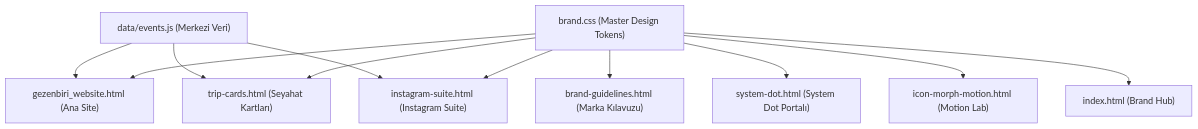
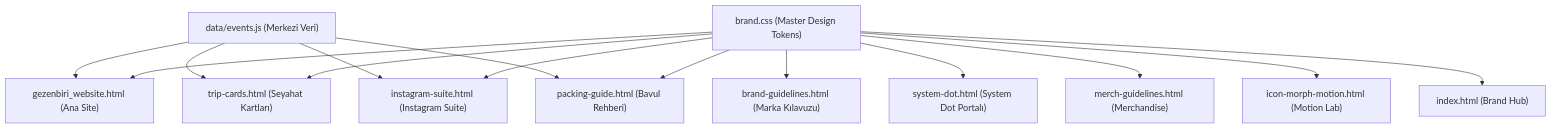
One commit to msaglamoz/gezenbiri changed the diagram in README.md. Above: the diagram before and after it, drawn with Mermaid. The commit also changed other lines of this file, not shown here.

Commit message:
docs(readme): comprehensive documentation overhaul covering merch guidelines, system dot philosophy, packing guide, morphing motion lab and updated file tree

````diff
--- a/README.md
+++ b/README.md
@@ -165,13 +245,16 @@
 ```mermaid
 graph TD
     A["data/events.js (Merkezi Veri)"] --> B["gezenbiri_website.html (Ana Site)"]
     A --> C["trip-cards.html (Seyahat Kartları)"]
     A --> D["instagram-suite.html (Instagram Suite)"]
-    E["brand.css (Master Design Tokens)"] --> B
-    E --> C
-    E --> D
-    E --> F["brand-guidelines.html (Marka Kılavuzu)"]
-    E --> G["system-dot.html (System Dot Portalı)"]
-    E --> H["icon-morph-motion.html (Motion Lab)"]
-    E --> I["index.html (Brand Hub)"]
+    A --> E["packing-guide.html (Bavul Rehberi)"]
+    F["brand.css (Master Design Tokens)"] --> B
+    F --> C
+    F --> D
+    F --> E
+    F --> G["brand-guidelines.html (Marka Kılavuzu)"]
+    F --> H["system-dot.html (System Dot Portalı)"]
+    F --> I["merch-guidelines.html (Merchandise)"]
+    F --> J["icon-morph-motion.html (Motion Lab)"]
+    F --> K["index.html (Brand Hub)"]
 ```
````
